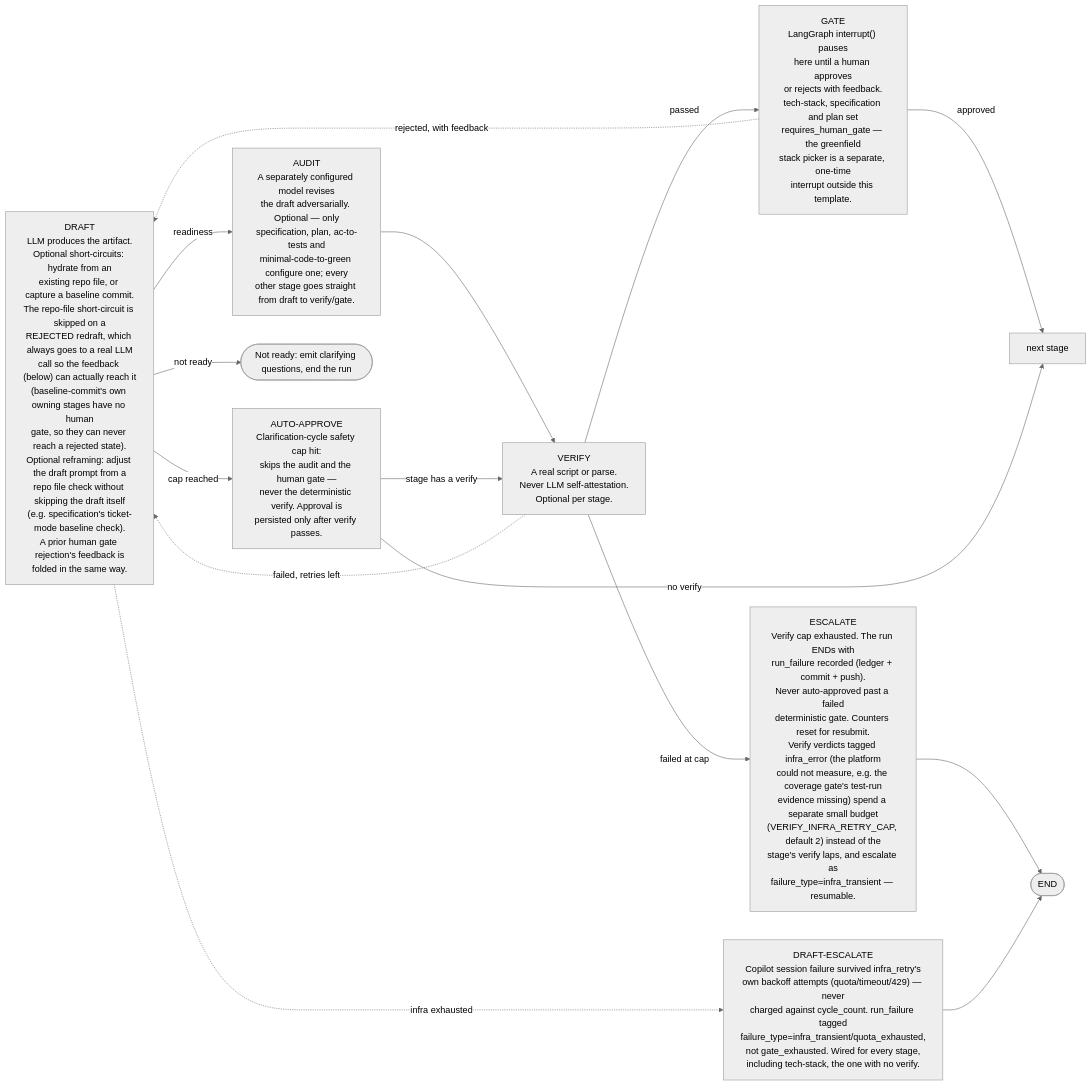
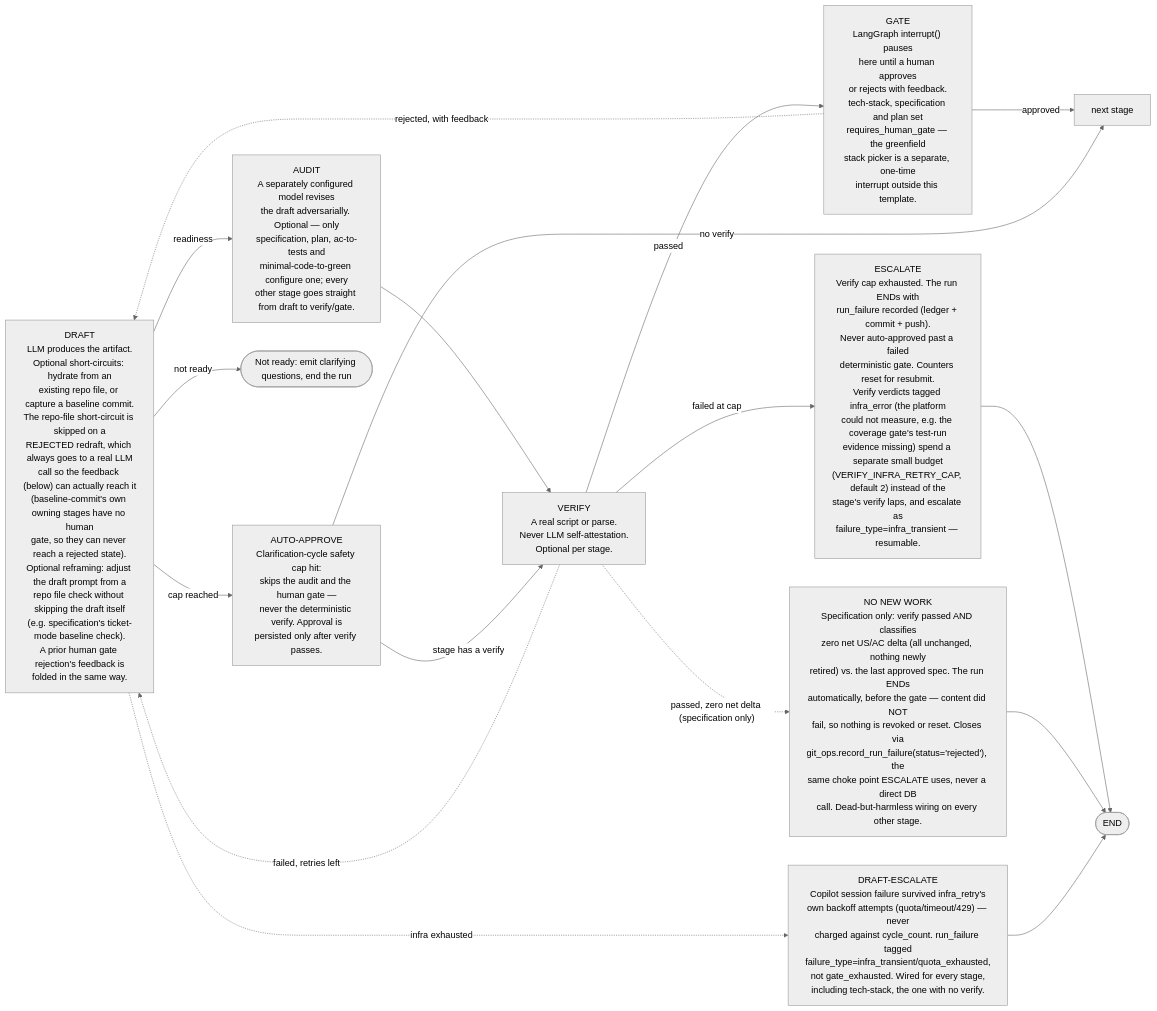
One commit to bancroftway/ai-dev-workflow changed the second of 3 diagrams in README.md. Above: the diagram before and after it, drawn with Mermaid (neutral theme). The commit also changed other lines of this file and 16 other files, not shown here.

````diff
--- a/README.md
+++ b/README.md
@@ -192,26 +193,29 @@
 ```mermaid
 flowchart LR
     d["DRAFT<br/>LLM produces the artifact.<br/>Optional short-circuits: hydrate from an<br/>existing repo file, or capture a baseline commit.<br/>The repo-file short-circuit is skipped on a<br/>REJECTED redraft, which always goes to a real LLM<br/>call so the feedback (below) can actually reach it<br/>(baseline-commit's own owning stages have no human<br/>gate, so they can never reach a rejected state).<br/>Optional reframing: adjust the draft prompt from a<br/>repo file check without skipping the draft itself<br/>(e.g. specification's ticket-mode baseline check).<br/>A prior human gate rejection's feedback is<br/>folded in the same way."]
     a["AUDIT<br/>A separately configured model revises<br/>the draft adversarially. Optional — only<br/>specification, plan, ac-to-tests and<br/>minimal-code-to-green configure one; every<br/>other stage goes straight from draft to verify/gate."]
     v["VERIFY<br/>A real script or parse.<br/>Never LLM self-attestation.<br/>Optional per stage."]
     g["GATE<br/>LangGraph interrupt() pauses<br/>here until a human approves<br/>or rejects with feedback.<br/>tech-stack, specification and plan set<br/>requires_human_gate — the greenfield<br/>stack picker is a separate, one-time<br/>interrupt outside this template."]
     aa["AUTO-APPROVE<br/>Clarification-cycle safety cap hit:<br/>skips the audit and the human gate —<br/>never the deterministic verify. Approval is<br/>persisted only after verify passes."]
     e["ESCALATE<br/>Verify cap exhausted. The run ENDs with<br/>run_failure recorded (ledger + commit + push).<br/>Never auto-approved past a failed<br/>deterministic gate. Counters reset for resubmit.<br/>Verify verdicts tagged infra_error (the platform<br/>could not measure, e.g. the coverage gate's test-run<br/>evidence missing) spend a separate small budget<br/>(VERIFY_INFRA_RETRY_CAP, default 2) instead of the<br/>stage's verify laps, and escalate as<br/>failure_type=infra_transient — resumable."]
+    nw["NO NEW WORK<br/>Specification only: verify passed AND classifies<br/>zero net US/AC delta (all unchanged, nothing newly<br/>retired) vs. the last approved spec. The run ENDs<br/>automatically, before the gate — content did NOT<br/>fail, so nothing is revoked or reset. Closes via<br/>git_ops.record_run_failure(status='rejected'), the<br/>same choke point ESCALATE uses, never a direct DB<br/>call. Dead-but-harmless wiring on every other stage."]
     ie["DRAFT-ESCALATE<br/>Copilot session failure survived infra_retry's<br/>own backoff attempts (quota/timeout/429) — never<br/>charged against cycle_count. run_failure tagged<br/>failure_type=infra_transient/quota_exhausted,<br/>not gate_exhausted. Wired for every stage,<br/>including tech-stack, the one with no verify."]
     q(["Not ready: emit clarifying questions, end the run"])
 
     d -->|readiness| a
     d -->|cap reached| aa
     d -->|not ready| q
     d -.->|infra exhausted| ie
     a --> v
     v -->|passed| g
+    v -.->|"passed, zero net delta (specification only)"| nw
     v -.->|failed, retries left| d
     v -->|failed at cap| e
     e --> theend(["END"])
+    nw --> theend
     ie --> theend
     g -->|approved| next["next stage"]
     g -.->|rejected, with feedback| d
     aa -->|stage has a verify| v
     aa -->|no verify| next
 ```
````
